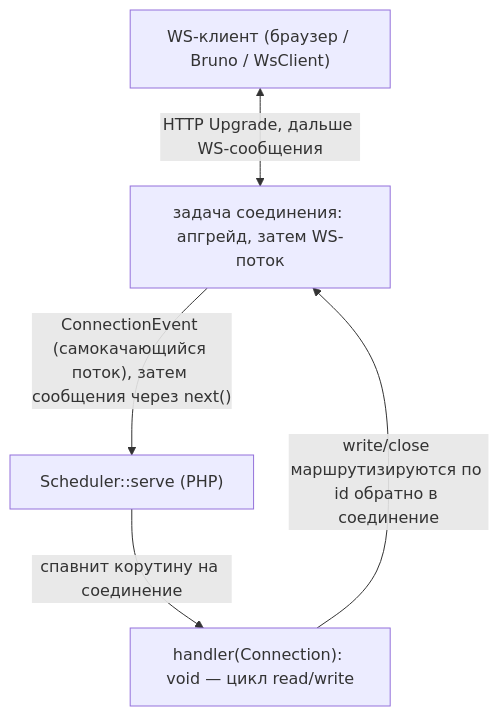
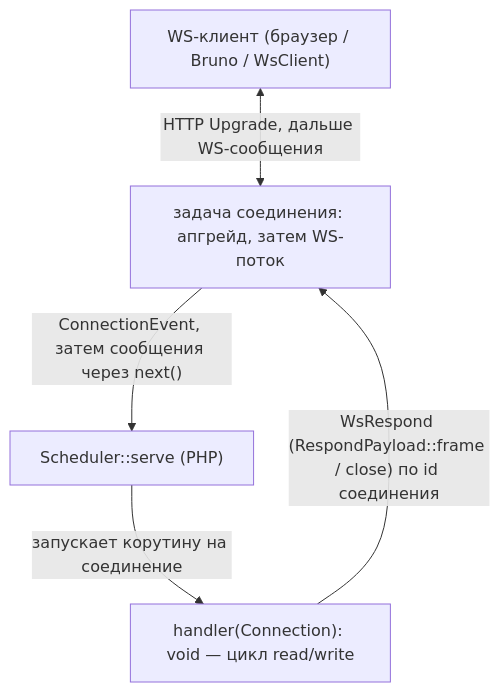
One commit to sprust/sconcur changed the diagram in docs/websocket-server.ru.md. Above: the diagram before and after it, drawn with Mermaid. The commit also changed other lines of this file and 227 other files, not shown here.

````diff
--- a/docs/websocket-server.ru.md
+++ b/docs/websocket-server.ru.md
@@ -24,12 +25,12 @@
 ```mermaid
 flowchart TB
     client["WS-клиент (браузер / Bruno / WsClient)"]
     serve["задача соединения: апгрейд, затем WS-поток"]
     sched["Scheduler::serve (PHP)"]
     handler["handler(Connection): void — цикл read/write"]
 
     client <-->|"HTTP Upgrade, дальше WS-сообщения"| serve
-    serve -->|"ConnectionEvent (самокачающийся поток), затем сообщения через next()"| sched
-    sched -->|"спавнит корутину на соединение"| handler
-    handler -->|"write/close маршрутизируются по id обратно в соединение"| serve
+    serve -->|"ConnectionEvent, затем сообщения через next()"| sched
+    sched -->|"запускает корутину на соединение"| handler
+    handler -->|"WsRespond (RespondPayload::frame / close) по id соединения"| serve
 ```
````
